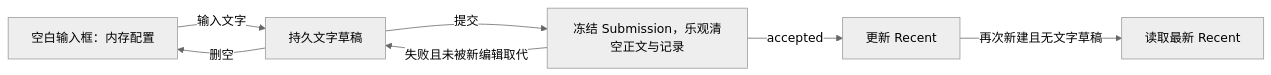
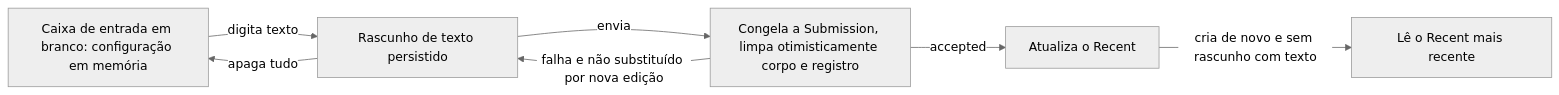
The first of 2 diagrams in docs/ui/composer-text-draft-persistence.md (JoaoNetoDev/BR-Code), drawn with Mermaid (neutral theme) before and after one commit. The commit also changed other lines of this file and 177 other files, not shown here.

````diff
--- a/docs/ui/composer-text-draft-persistence.md
+++ b/docs/ui/composer-text-draft-persistence.md
@@ -13,9 +14,9 @@
 ```mermaid
 flowchart LR
-    A[空白输入框：内存配置] -->|输入文字| B[持久文字草稿]
-    B -->|删空| A
-    B -->|提交| C[冻结 Submission，乐观清空正文与记录]
-    C -->|accepted| D[更新 Recent]
-    C -->|失败且未被新编辑取代| B
-    D -->|再次新建且无文字草稿| E[读取最新 Recent]
+    A[Caixa de entrada em branco: configuração em memória] -->|digita texto| B[Rascunho de texto persistido]
+    B -->|apaga tudo| A
+    B -->|envia| C[Congela a Submission, limpa otimisticamente corpo e registro]
+    C -->|accepted| D[Atualiza o Recent]
+    C -->|falha e não substituído por nova edição| B
+    D -->|cria de novo e sem rascunho com texto| E[Lê o Recent mais recente]
 ```
````
